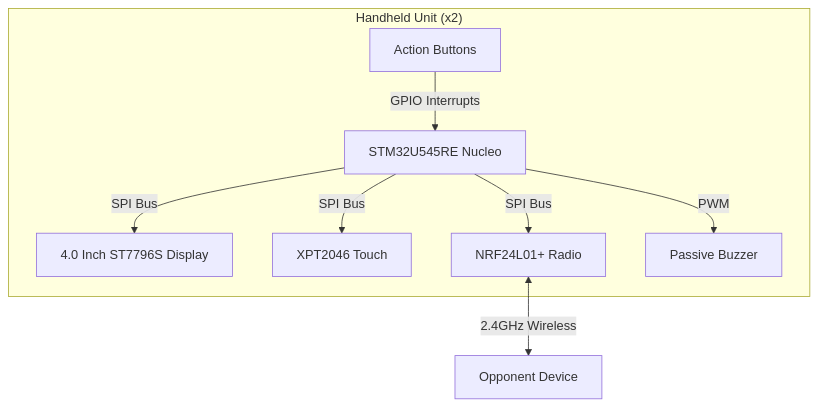
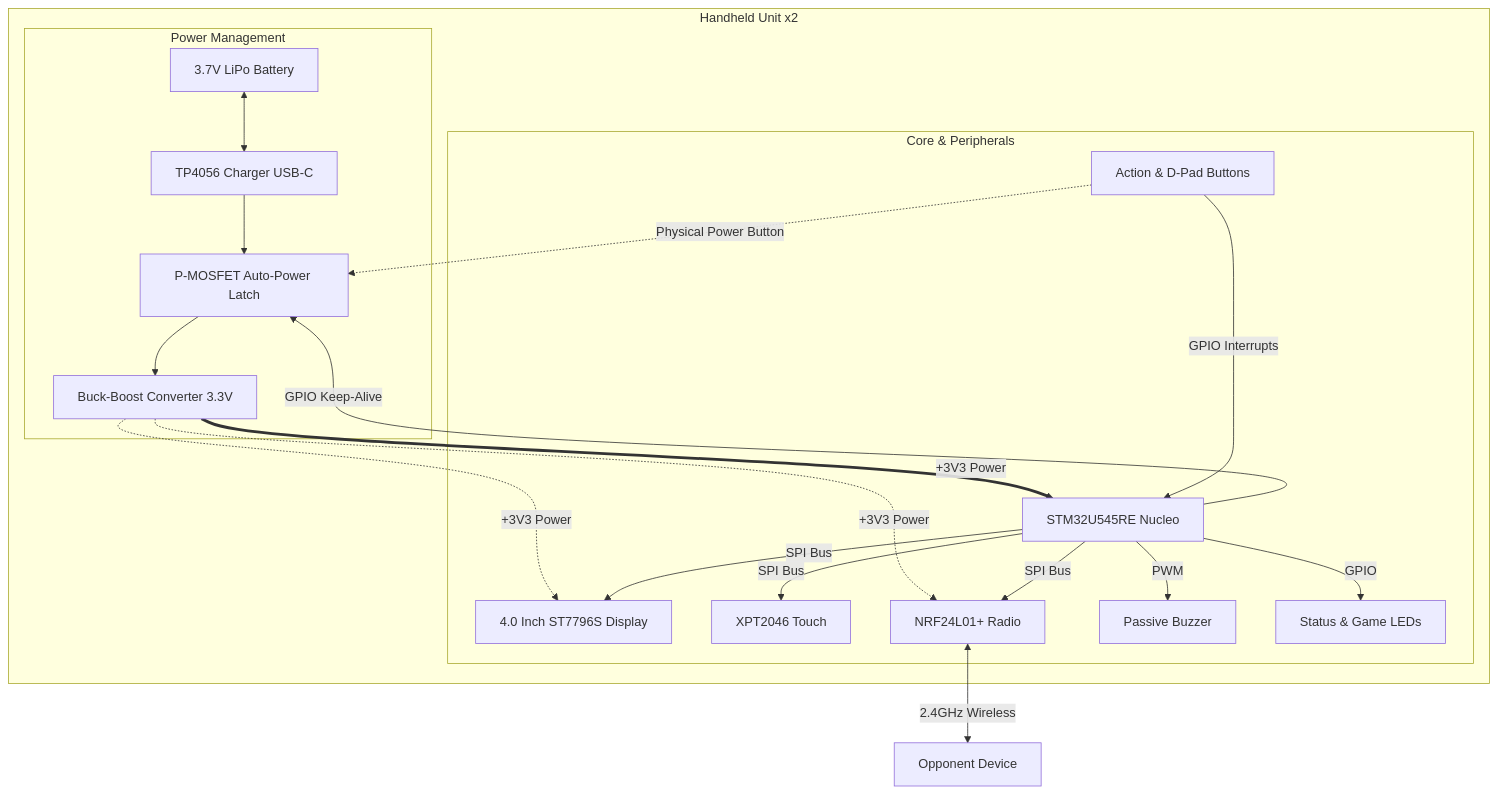
One commit to UPB-PMRust/website changed the diagram in website/versioned_docs/version-fils_en/project/2026/daniel.mirza/index.md. Above: the diagram before and after it, drawn with Mermaid.

Commit message:
updated: architecture scheme in index.md

````diff
--- a/website/versioned_docs/version-fils_en/project/2026/daniel.mirza/index.md
+++ b/website/versioned_docs/version-fils_en/project/2026/daniel.mirza/index.md
@@ -57,20 +57,47 @@
 ```mermaid
 graph TD
-    subgraph "Handheld Unit (x2)"
+    subgraph "Handheld Unit x2"
 
-    MCU["STM32U545RE Nucleo"]
-    DISP["4.0 Inch ST7796S Display"]
-    TOUCH["XPT2046 Touch"]
-    RADIO["NRF24L01+ Radio"]
-    BUZZ["Passive Buzzer"]
-    BTNS["Action Buttons"]
-    
-    MCU -->|SPI Bus| DISP
-    MCU -->|SPI Bus| TOUCH
-    MCU -->|SPI Bus| RADIO
-    MCU -->|PWM| BUZZ
-    BTNS -->|GPIO Interrupts| MCU
+        subgraph "Power Management"
+            BATT["3.7V LiPo Battery"]
+            TP4056["TP4056 Charger USB-C"]
+            LATCH["P-MOSFET Auto-Power Latch"]
+            REG["Buck-Boost Converter 3.3V"]
+
+            BATT <--> TP4056
+            TP4056 --> LATCH
+            LATCH --> REG
+        end
+
+        subgraph "Core & Peripherals"
+            MCU["STM32U545RE Nucleo"]
+            DISP["4.0 Inch ST7796S Display"]
+            TOUCH["XPT2046 Touch"]
+            RADIO["NRF24L01+ Radio"]
+            BUZZ["Passive Buzzer"]
+            BTNS["Action & D-Pad Buttons"]
+            LEDS["Status & Game LEDs"]
+        end
+
+        %% Power Routing
+        REG == +3V3 Power ==> MCU
+        REG -. +3V3 Power .-> DISP
+        REG -. +3V3 Power .-> RADIO
+
+        %% Data Routing
+        MCU -->|SPI Bus| DISP
+        MCU -->|SPI Bus| TOUCH
+        MCU -->|SPI Bus| RADIO
+        
+        MCU -->|PWM| BUZZ
+        MCU -->|GPIO| LEDS
+        BTNS -->|GPIO Interrupts| MCU
+        
+        %% The Latch Control
+        MCU -->|GPIO Keep-Alive| LATCH
+        BTNS -. Physical Power Button .-> LATCH
+
     end
     
     RADIO <-->|2.4GHz Wireless| RADIO2["Opponent Device"]
 ```
````
